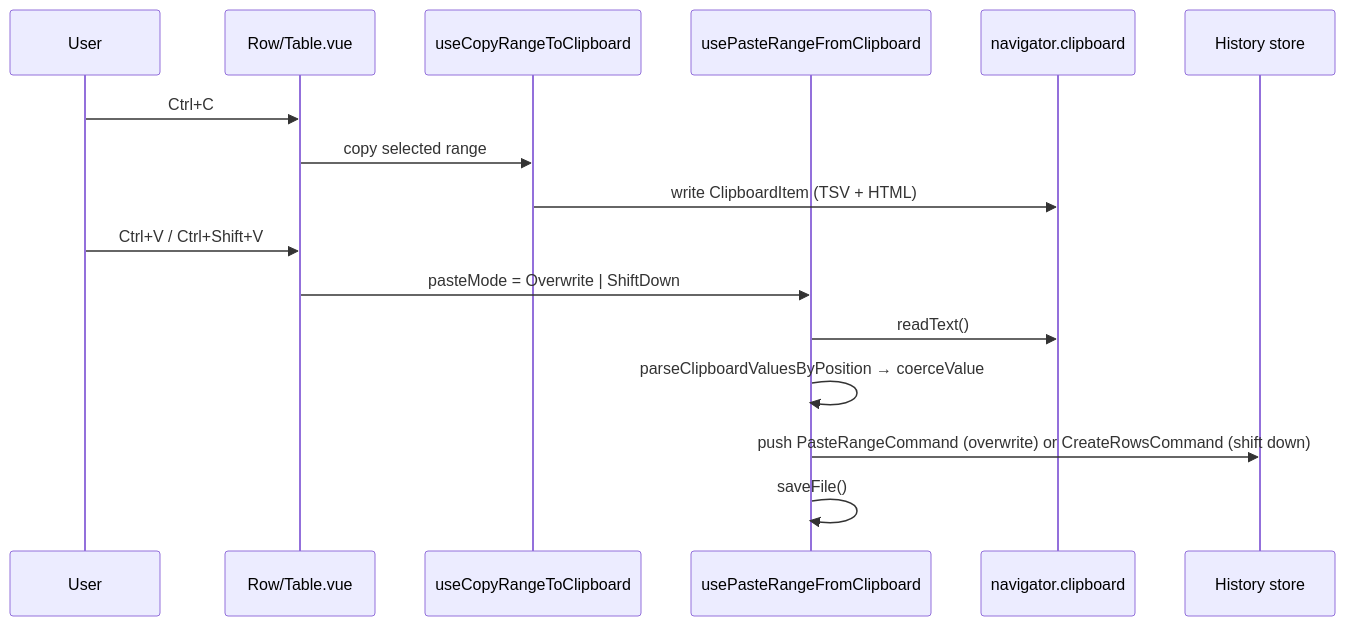
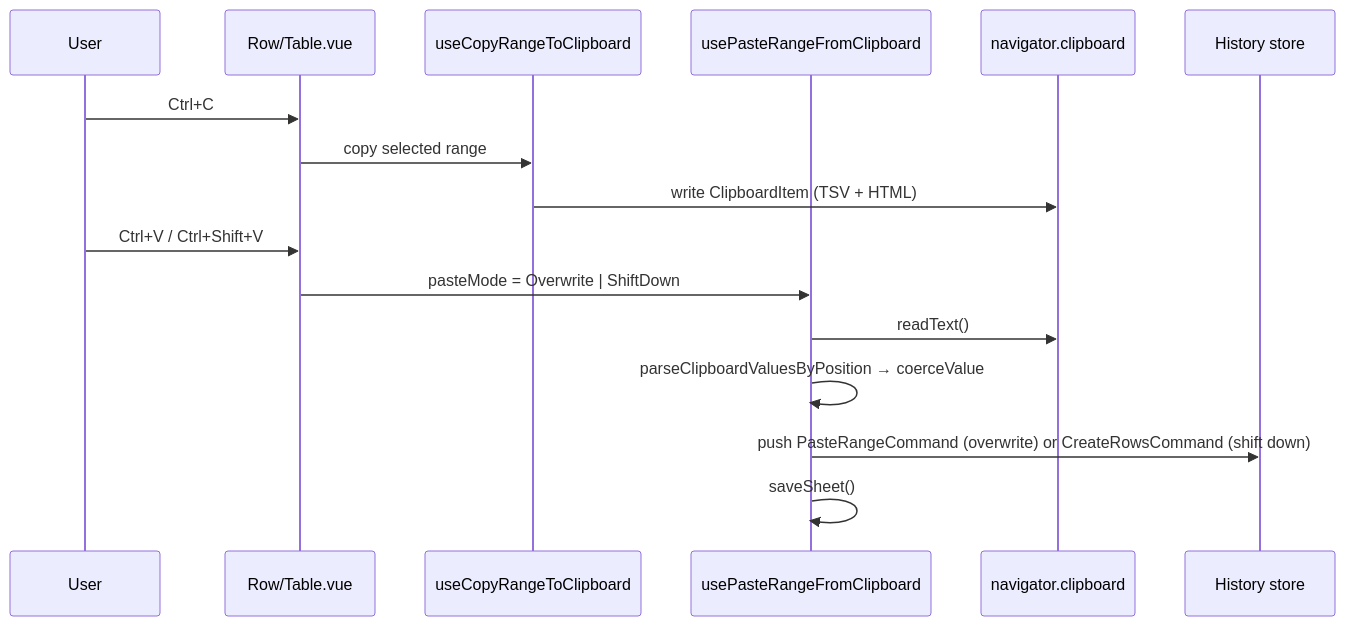
The diagram in packages/app/content/docs/sheet-editor/clipboard.md (Esposter/Esposter), drawn with Mermaid before and after one commit. The commit also changed other lines of this file and 31 other files, not shown here.

````diff
--- a/packages/app/content/docs/sheet-editor/clipboard.md
+++ b/packages/app/content/docs/sheet-editor/clipboard.md
@@ -25,19 +25,19 @@
 ```mermaid
 sequenceDiagram
   participant U as User
   participant T as Row/Table.vue
   participant CP as useCopyRangeToClipboard
   participant PP as usePasteRangeFromClipboard
   participant CB as navigator.clipboard
   participant H as History store
 
   U->>T: Ctrl+C
   T->>CP: copy selected range
   CP->>CB: write ClipboardItem (TSV + HTML)
   U->>T: Ctrl+V / Ctrl+Shift+V
   T->>PP: pasteMode = Overwrite | ShiftDown
   PP->>CB: readText()
   PP->>PP: parseClipboardValuesByPosition → coerceValue
   PP->>H: push PasteRangeCommand (overwrite) or CreateRowsCommand (shift down)
-  PP->>PP: saveFile()
+  PP->>PP: saveSheet()
 ```
````
